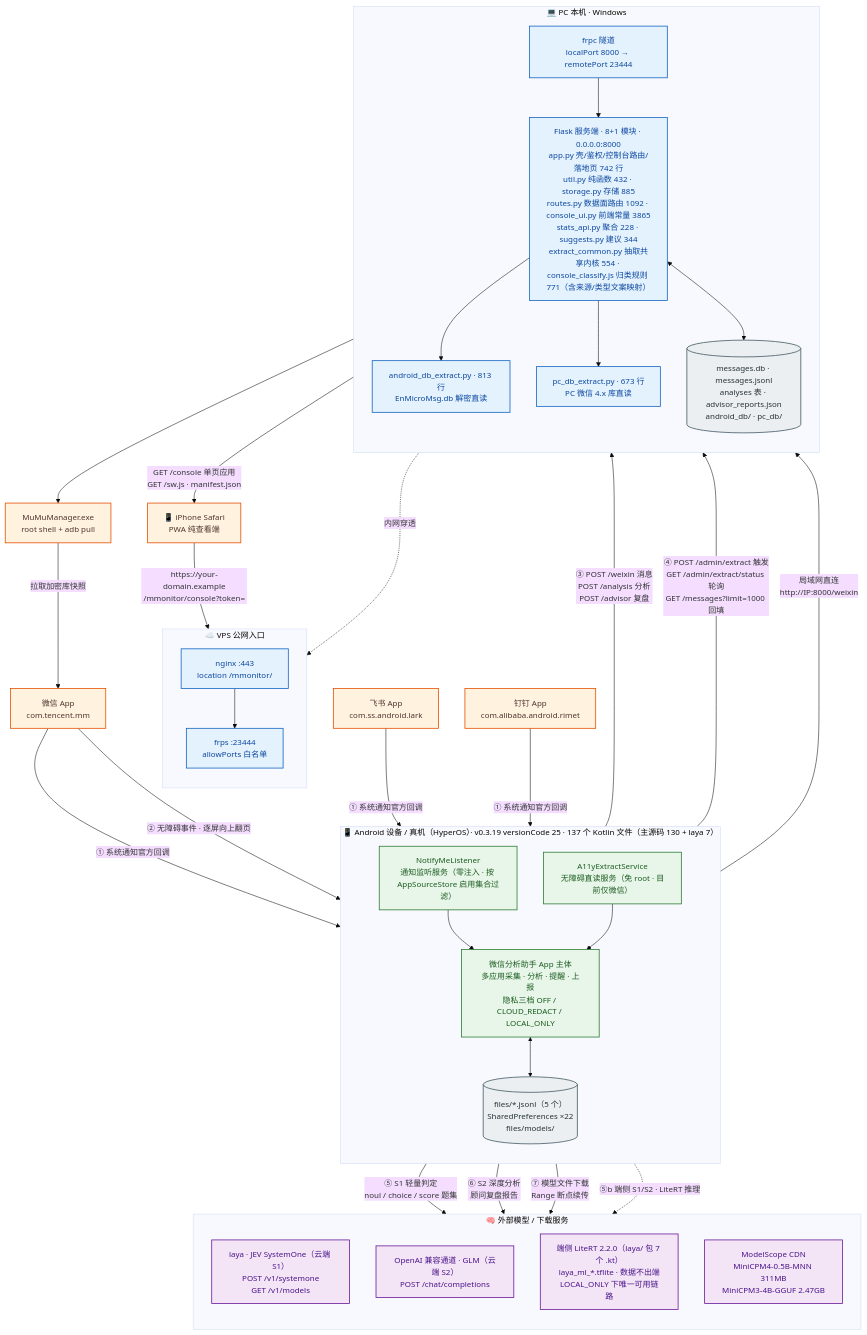
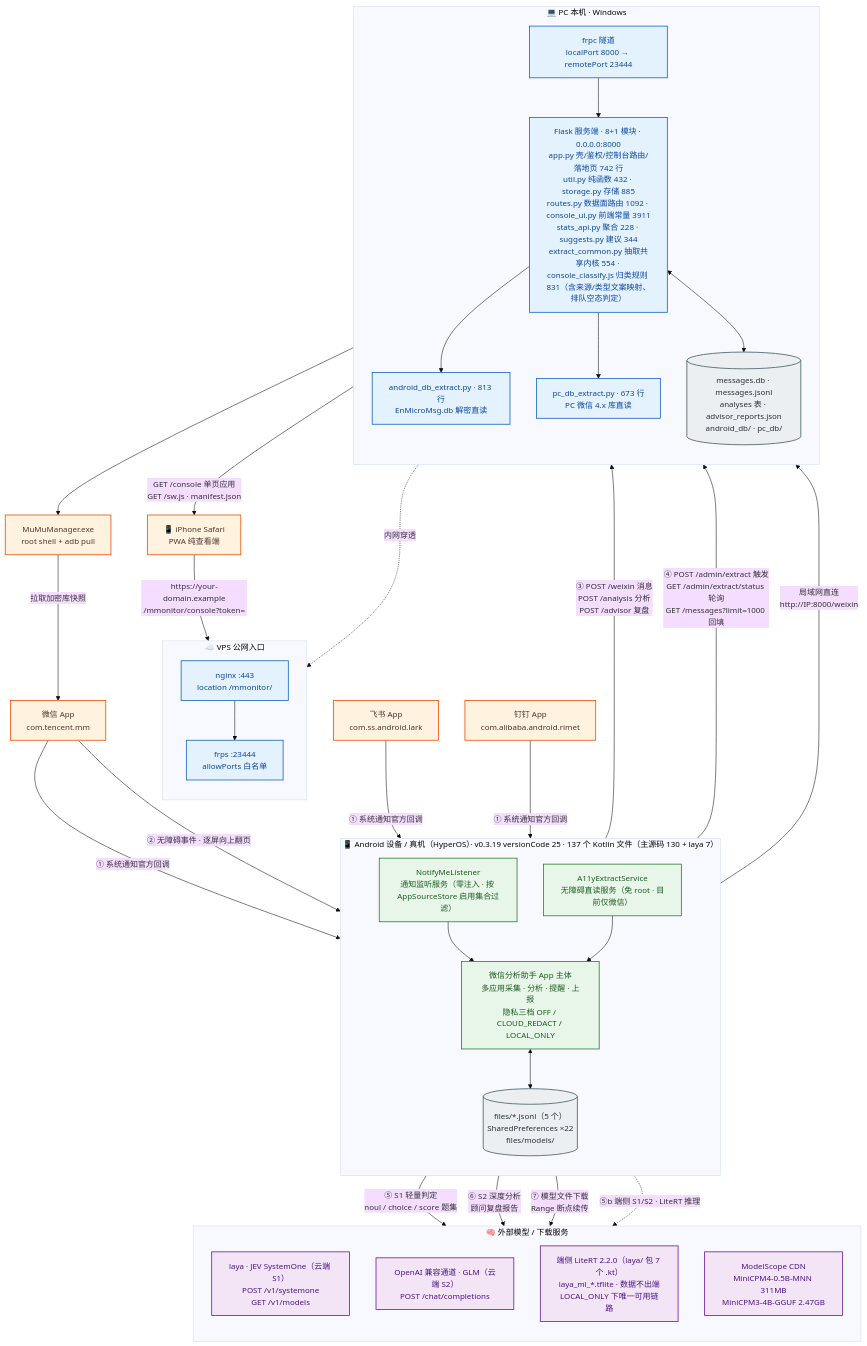
Before and after one commit to solidjoker/notifyme: the diagram in docs/architecture/diagrams/01-system-context.mmd, drawn with Mermaid. The commit also changed 14 other files, not shown here.

```diff
--- a/docs/architecture/diagrams/01-system-context.mmd
+++ b/docs/architecture/diagrams/01-system-context.mmd
@@ -1,70 +1,70 @@
 %%{init: {'theme':'base','themeVariables':{'fontSize':'15px','fontFamily':'Microsoft YaHei, PingFang SC, sans-serif'},'flowchart':{'htmlLabels':true,'curve':'basis'}}}%%
 flowchart TB
     classDef ext  fill:#fff3e0,stroke:#e65100,stroke-width:1.5px,color:#4e342e
     classDef app  fill:#e8f5e9,stroke:#2e7d32,stroke-width:1.5px,color:#1b5e20
     classDef srv  fill:#e3f2fd,stroke:#1565c0,stroke-width:1.5px,color:#0d47a1
     classDef llm  fill:#f3e5f5,stroke:#6a1b9a,stroke-width:1.5px,color:#4a148c
     classDef store fill:#eceff1,stroke:#455a64,stroke-width:1.5px,color:#263238
 
     WX["微信 App<br/>com.tencent.mm"]:::ext
     FS["飞书 App<br/>com.ss.android.lark"]:::ext
     DT["钉钉 App<br/>com.alibaba.android.rimet"]:::ext
 
     subgraph DEV["📱 Android 设备 / 真机（HyperOS）· v0.3.19 versionCode 25 · 137 个 Kotlin 文件（主源码 130 + laya 7）"]
         direction TB
         NL["NotifyMeListener<br/>通知监听服务（零注入 · 按 AppSourceStore 启用集合过滤）"]:::app
         A11Y["A11yExtractService<br/>无障碍直读服务（免 root · 目前仅微信）"]:::app
         CORE["微信分析助手 App 主体<br/>多应用采集 · 分析 · 提醒 · 上报<br/>隐私三档 OFF / CLOUD_REDACT / LOCAL_ONLY"]:::app
         STORE[("files/*.jsonl（5 个）<br/>SharedPreferences ×22<br/>files/models/")]:::store
         NL --> CORE
         A11Y --> CORE
         CORE <--> STORE
     end
 
     subgraph HOST["💻 PC 本机 · Windows"]
         direction TB
-        FLASK["Flask 服务端 · 8+1 模块 · 0.0.0.0:8000<br/>app.py 壳/鉴权/控制台路由/落地页 742 行<br/>util.py 纯函数 432 · storage.py 存储 885<br/>routes.py 数据面路由 1092 · console_ui.py 前端常量 3865<br/>stats_api.py 聚合 228 · suggests.py 建议 344<br/>extract_common.py 抽取共享内核 554 · console_classify.js 归类规则 771（含来源/类型文案映射）"]:::srv
+        FLASK["Flask 服务端 · 8+1 模块 · 0.0.0.0:8000<br/>app.py 壳/鉴权/控制台路由/落地页 742 行<br/>util.py 纯函数 432 · storage.py 存储 885<br/>routes.py 数据面路由 1092 · console_ui.py 前端常量 3911<br/>stats_api.py 聚合 228 · suggests.py 建议 344<br/>extract_common.py 抽取共享内核 554 · console_classify.js 归类规则 831（含来源/类型文案映射、排队空态判定）"]:::srv
         ADBEX["android_db_extract.py · 813 行<br/>EnMicroMsg.db 解密直读"]:::srv
         PCEX["pc_db_extract.py · 673 行<br/>PC 微信 4.x 库直读"]:::srv
         DB[("messages.db · messages.jsonl<br/>analyses 表 · advisor_reports.json<br/>android_db/ · pc_db/")]:::store
         FRPC["frpc 隧道<br/>localPort 8000 → remotePort 23444"]:::srv
         FLASK --> ADBEX
         FLASK --> PCEX
         FLASK <--> DB
         FRPC --> FLASK
     end
 
     subgraph VPS["☁️ VPS 公网入口"]
         direction TB
         NGINX["nginx :443<br/>location /mmonitor/"]:::srv
         FRPS["frps :23444<br/>allowPorts 白名单"]:::srv
         NGINX --> FRPS
     end
 
     subgraph AI["🧠 外部模型 / 下载服务"]
         direction TB
         LAYA["laya · JEV SystemOne（云端 S1）<br/>POST /v1/systemone<br/>GET /v1/models"]:::llm
         GLM["OpenAI 兼容通道 · GLM（云端 S2）<br/>POST /chat/completions"]:::llm
         LITE["端侧 LiteRT 2.2.0（laya/ 包 7 个 .kt）<br/>laya_ml_*.tflite · 数据不出端<br/>LOCAL_ONLY 下唯一可用链路"]:::llm
         MS["ModelScope CDN<br/>MiniCPM4-0.5B-MNN 311MB<br/>MiniCPM3-4B-GGUF 2.47GB"]:::llm
     end
 
     MUMU["MuMuManager.exe<br/>root shell + adb pull"]:::ext
     IPHONE["📱 iPhone Safari<br/>PWA 纯查看端"]:::ext
 
     WX -->|"① 系统通知官方回调"| NL
     FS -->|"① 系统通知官方回调"| NL
     DT -->|"① 系统通知官方回调"| NL
     WX -->|"② 无障碍事件 · 逐屏向上翻页"| A11Y
     CORE -->|"③ POST /weixin 消息<br/>POST /analysis 分析<br/>POST /advisor 复盘"| FLASK
     CORE -->|"④ POST /admin/extract 触发<br/>GET /admin/extract/status 轮询<br/>GET /messages?limit=1000 回填"| FLASK
     CORE -->|"⑤ S1 轻量判定<br/>noul / choice / score 题集"| LAYA
     CORE -->|"⑥ S2 深度分析<br/>顾问复盘报告"| GLM
     CORE -->|"⑦ 模型文件下载<br/>Range 断点续传"| MS
     CORE -.->|"⑤b 端侧 S1/S2 · LiteRT 推理"| LITE
     ADBEX --> MUMU
     MUMU -->|"拉取加密库快照"| WX
     CORE -->|"局域网直连<br/>http://IP:8000/weixin"| FLASK
     FRPC -.->|"内网穿透"| FRPS
     IPHONE -->|"https://your-domain.example<br/>/mmonitor/console?token="| NGINX
     FLASK -->|"GET /console 单页应用<br/>GET /sw.js · manifest.json"| IPHONE
```
